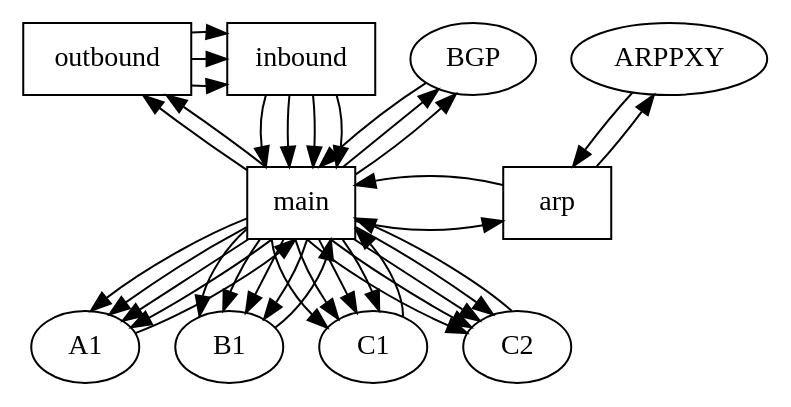
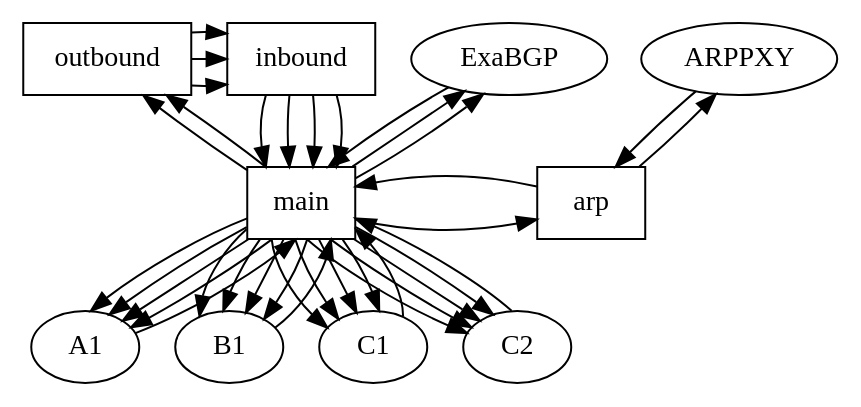
The diagram in visualization/demo.dot (sdn-ixp/iSDX), drawn with Graphviz before and after one commit.

Commit message:
Graph tweak

```diff
--- a/visualization/demo.dot
+++ b/visualization/demo.dot
@@ -1,72 +1,72 @@
 digraph {
       size = "100,100";
       main, outbound, inbound, arp [shape=box];
-      { rank=min; inbound outbound ARPPXY BGP}
+      { rank=min; inbound outbound ARPPXY ExaBGP}
       { rank=same; A1 B1 C1 C2 } 
       { rank=same; main arp }
       /*
       edge [style=dashed, dir=none]
       main -> outbound;
       main -> inbound;
       inbound -> outbound;
       arp -> main;
       ARPPXY -> arp;
-      BGP -> main;
+      ExaBGP -> main;
       A1 -> main;
       B1 -> main;
       C1 -> main;
       C2 -> main;
       edge [dir=forward]
       */
 
 	// BGP flows
-      main -> BGP; // MAIN-BGP
+      main -> ExaBGP; // MAIN-BGP
       main -> A1; // MAIN-A1_BGP
       main -> B1; // MAIN-B1_BGP
       main -> C1; // MAIN-C1_BGP
       main -> C2; // MAIN-C2_BGP
 
       // ARP flows
-      main -> BGP; // BGP_ARP
+      main -> ExaBGP; // BGP_ARP
       main -> A1; // MAIN-A1_ARP
       main -> B1; // MAIN-B1_ARP
       main -> C1; // MAIN-C1_ARP
       main -> C2; // MAIN-C2_ARP
 
       // VMAC ARP flows
       main -> A1; // MAIN-VA1_ARP
       main -> B1; // MAIN-VB1_ARP
       main -> C1; // MAIN-VC1_ARP
       main -> C2; // MAIN-VC2_ARP
 
       main -> arp; // MAIN-ARP
       
       arp -> ARPPXY; // ARP-ARPPXY
 
       arp -> main; // ARP-MAIN
 
       main -> outbound; // MAIN-OUTBOUND
       main -> C1; // MAIN-VC1
       main -> C2; // MAIN-VC2
       main -> A1; // MAIN-VA1
       main -> B1; // MAIN-VB1
 
       main -> outbound; // MAIN-OUTBOUND4IN
 
       outbound -> inbound; // OUTBOUND-INBOUND_DFLT
 
       inbound -> main; // INBOUND-MAIN_C_DFLT
       inbound -> main; // INBOUND-MAIN_DFLT
       inbound -> main; // INBOUND-MAIN_C1
       inbound -> main; // INBOUND-MAIN_C2
 
       outbound -> inbound; // OUTBOUND-INBOUND_B1
       outbound -> inbound; // OUTBOUND-INBOUND_C1, OUTBOUND-INBOUND_C2
 
       A1 -> main; // A1-MAIN
       B1 -> main; // B1-MAIN
       C1 -> main; // C1-MAIN
       C2 -> main; // C2-MAIN
-      BGP -> main; // BGP-MAIN
+      ExaBGP -> main; // BGP-MAIN
       ARPPXY -> arp; //ARPPXY-ARP
 }
```
